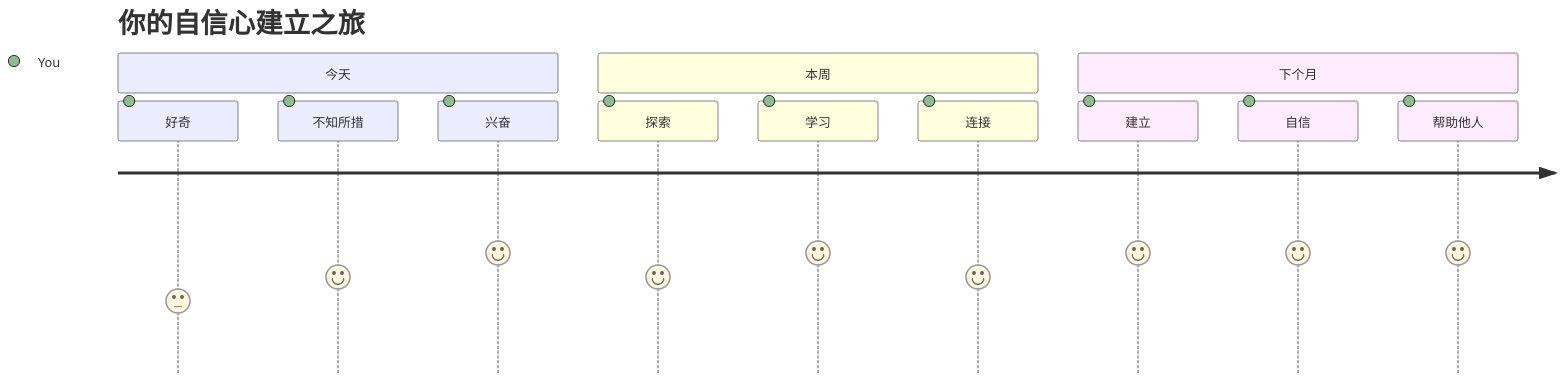
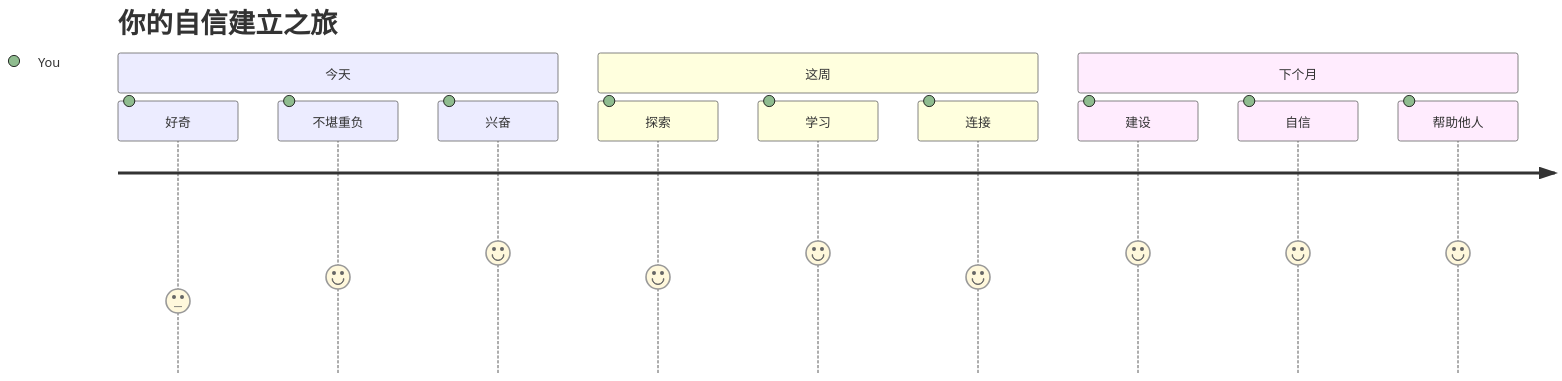
The seventh of 7 diagrams in translations/zh-CN/1-getting-started-lessons/1-intro-to-programming-languages/README.md (microsoft/Web-Dev-For-Beginners), drawn with Mermaid before and after one commit. The commit also changed other lines of this file and 11 other files, not shown here.

````diff
--- a/translations/zh-CN/1-getting-started-lessons/1-intro-to-programming-languages/README.md
+++ b/translations/zh-CN/1-getting-started-lessons/1-intro-to-programming-languages/README.md
@@ -830,16 +833,16 @@
 ```mermaid
 journey
-    title 你的自信心建立之旅
+    title 你的自信建立之旅
     section 今天
       好奇: 3: You
-      不知所措: 4: You
+      不堪重负: 4: You
       兴奋: 5: You
-    section 本周
+    section 这周
       探索: 4: You
       学习: 5: You
       连接: 4: You
     section 下个月
-      建立: 5: You
+      建设: 5: You
       自信: 5: You
       帮助他人: 5: You
 ```
````
